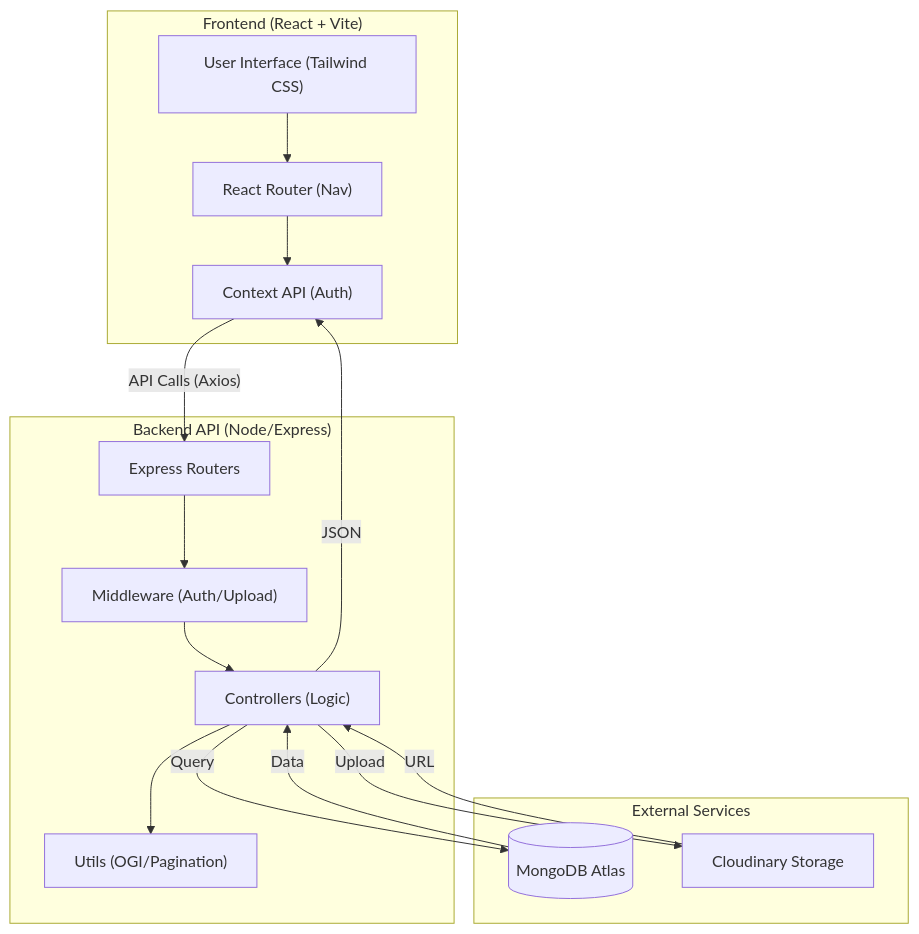
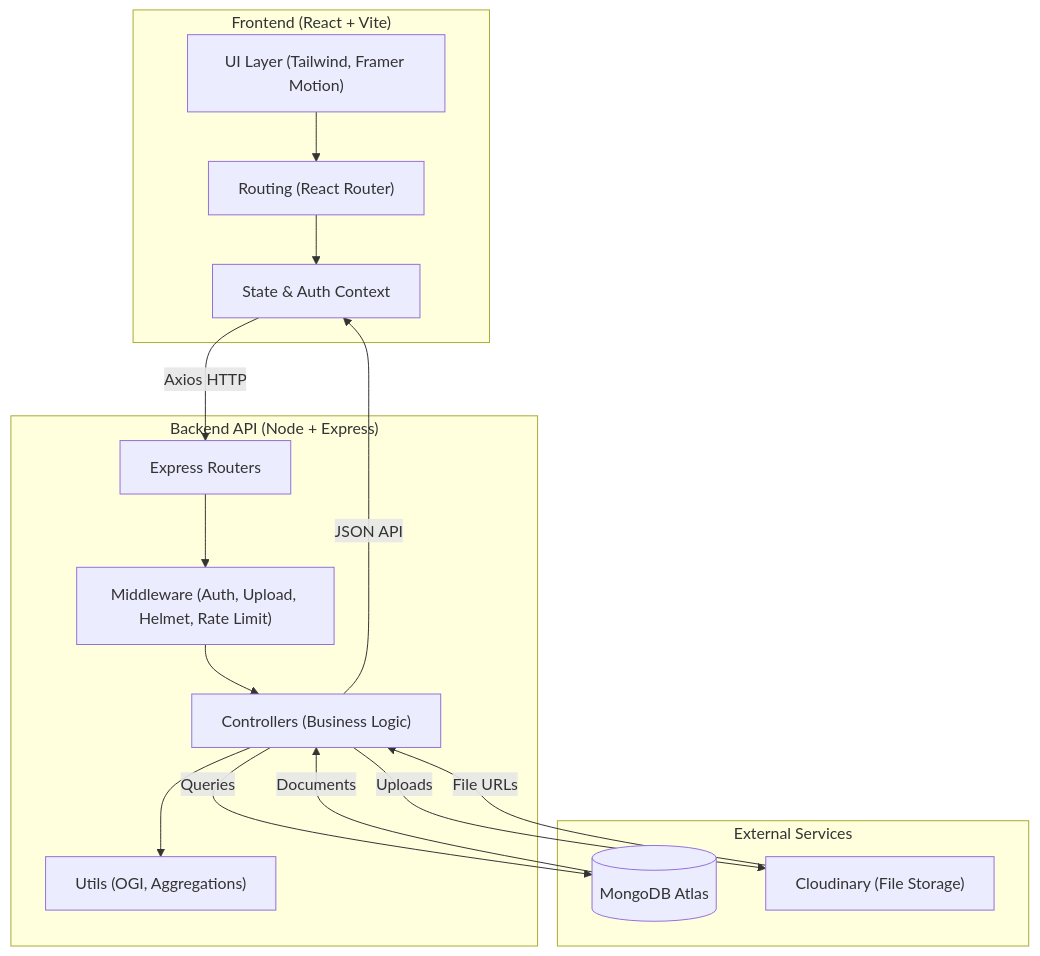
The first of 2 diagrams in docs/architecture-diagram.md (ArunavKishor/NavKalpana-RICR-NK-0003), drawn with Mermaid before and after one commit. The commit also changed other lines of this file and 4 other files, not shown here.

````diff
--- a/docs/architecture-diagram.md
+++ b/docs/architecture-diagram.md
@@ -5,33 +7,33 @@
 ```mermaid
 graph TD
     subgraph "Frontend (React + Vite)"
-        UI["User Interface (Tailwind CSS)"]
-        RT["React Router (Nav)"]
-        State["Context API (Auth)"]
+        UI["UI Layer (Tailwind, Framer Motion)"]
+        RT["Routing (React Router)"]
+        State["State & Auth Context"]
     end
 
-    subgraph "Backend API (Node/Express)"
+    subgraph "Backend API (Node + Express)"
         Router["Express Routers"]
-        MW["Middleware (Auth/Upload)"]
-        Ctrl["Controllers (Logic)"]
-        Util["Utils (OGI/Pagination)"]
+        MW["Middleware (Auth, Upload, Helmet, Rate Limit)"]
+        Ctrl["Controllers (Business Logic)"]
+        Util["Utils (OGI, Aggregations)"]
     end
 
     subgraph "External Services"
         DB[("MongoDB Atlas")]
-        CDN["Cloudinary Storage"]
+        CDN["Cloudinary (File Storage)"]
     end
 
     %% Interactions
     UI --> RT
     RT --> State
-    State -- API Calls (Axios) --> Router
+    State -- Axios HTTP --> Router
     Router --> MW
     MW --> Ctrl
     Ctrl --> Util
-    Ctrl -- Query --> DB
-    Ctrl -- Upload --> CDN
-    CDN -- URL --> Ctrl
-    DB -- Data --> Ctrl
-    Ctrl -- JSON --> State
+    Ctrl -- Queries --> DB
+    Ctrl -- Uploads --> CDN
+    CDN -- File URLs --> Ctrl
+    DB -- Documents --> Ctrl
+    Ctrl -- JSON API --> State
 ```
````
